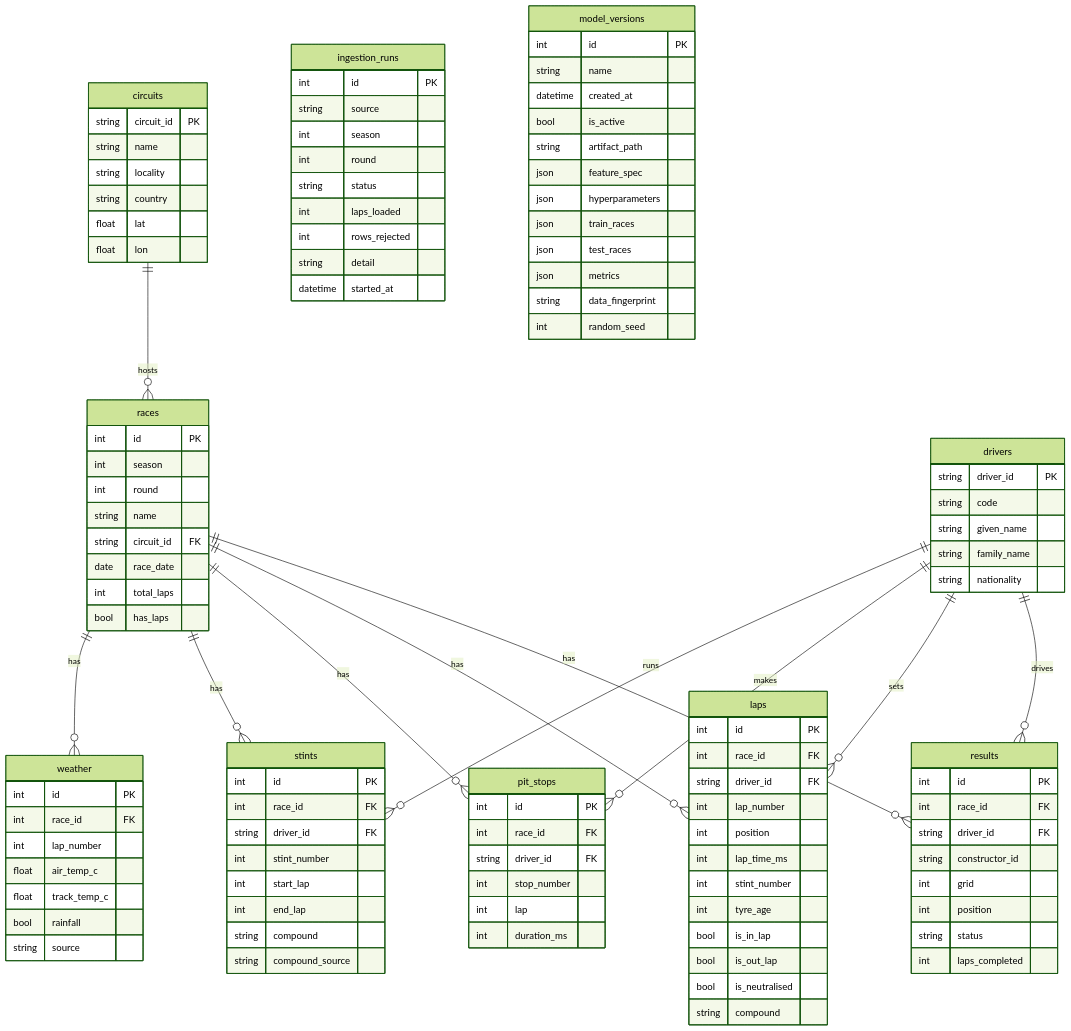
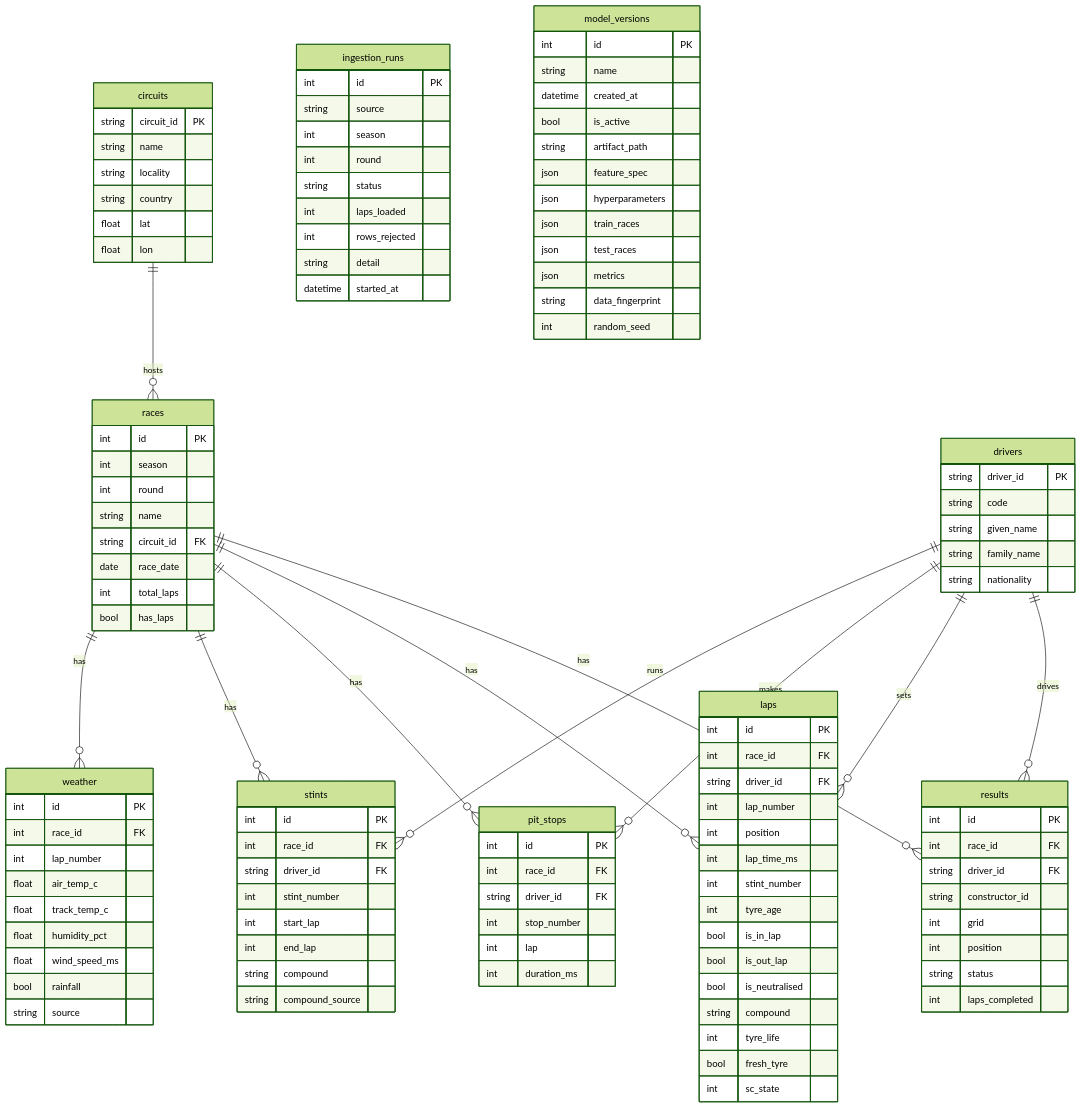
One commit to BondapalliPraneeth/F1-Race-Strategy-and-Lap-Time-Prediction changed the diagram in docs/DATABASE_SCHEMA.md. Above: the diagram before and after it, drawn with Mermaid (forest theme). The commit also changed other lines of this file and 36 other files, not shown here.

First line of the commit message:
Integrate real tyre compound, tyre life, weather and safety-car data (Mendeley FastF1-derived, CC BY 4.0)

````diff
--- a/docs/DATABASE_SCHEMA.md
+++ b/docs/DATABASE_SCHEMA.md
@@ -7,23 +7,23 @@
 ```mermaid
 erDiagram
     circuits ||--o{ races : hosts
     races ||--o{ results : has
     races ||--o{ laps : has
     races ||--o{ pit_stops : has
     races ||--o{ stints : has
     races ||--o{ weather : has
     drivers ||--o{ results : drives
     drivers ||--o{ laps : sets
     drivers ||--o{ pit_stops : makes
     drivers ||--o{ stints : runs
     circuits { string circuit_id PK string name string locality string country float lat float lon }
     drivers { string driver_id PK string code string given_name string family_name string nationality }
     races { int id PK int season int round string name string circuit_id FK date race_date int total_laps bool has_laps }
     results { int id PK int race_id FK string driver_id FK string constructor_id int grid int position string status int laps_completed }
-    laps { int id PK int race_id FK string driver_id FK int lap_number int position int lap_time_ms int stint_number int tyre_age bool is_in_lap bool is_out_lap bool is_neutralised string compound }
+    laps { int id PK int race_id FK string driver_id FK int lap_number int position int lap_time_ms int stint_number int tyre_age bool is_in_lap bool is_out_lap bool is_neutralised string compound int tyre_life bool fresh_tyre int sc_state }
     pit_stops { int id PK int race_id FK string driver_id FK int stop_number int lap int duration_ms }
     stints { int id PK int race_id FK string driver_id FK int stint_number int start_lap int end_lap string compound string compound_source }
-    weather { int id PK int race_id FK int lap_number float air_temp_c float track_temp_c bool rainfall string source }
+    weather { int id PK int race_id FK int lap_number float air_temp_c float track_temp_c float humidity_pct float wind_speed_ms bool rainfall string source }
     ingestion_runs { int id PK string source int season int round string status int laps_loaded int rows_rejected string detail datetime started_at }
     model_versions { int id PK string name datetime created_at bool is_active string artifact_path json feature_spec json hyperparameters json train_races json test_races json metrics string data_fingerprint int random_seed }
 ```
````
